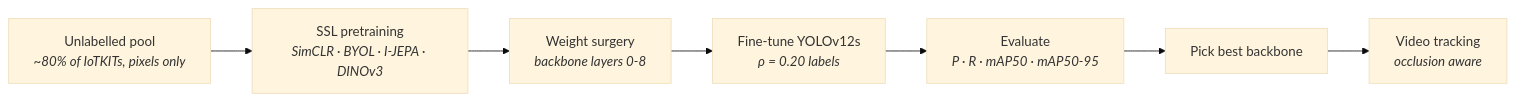
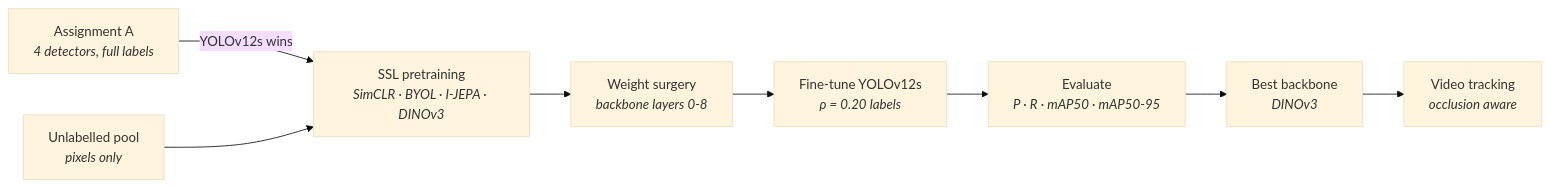
One commit to mrpaul-10/Object_detection_IoTKITs_ changed the first of 2 diagrams in README.md. Above: the diagram before and after it, drawn with Mermaid (base theme). The commit also changed other lines of this file, not shown here.

````diff
--- a/README.md
+++ b/README.md
@@ -95,9 +84,10 @@
 ```mermaid
 flowchart LR
-    A["Unlabelled pool<br/><i>~80% of IoTKITs, pixels only</i>"] --> B["SSL pretraining<br/><i>SimCLR · BYOL · I-JEPA · DINOv3</i>"]
+    A0["Assignment A<br/><i>4 detectors, full labels</i>"] -->|YOLOv12s wins| B
+    A["Unlabelled pool<br/><i>pixels only</i>"] --> B["SSL pretraining<br/><i>SimCLR · BYOL · I-JEPA · DINOv3</i>"]
     B --> C["Weight surgery<br/><i>backbone layers 0-8</i>"]
     C --> D["Fine-tune YOLOv12s<br/><i>ρ = 0.20 labels</i>"]
     D --> E["Evaluate<br/><i>P · R · mAP50 · mAP50-95</i>"]
-    E --> F["Pick best backbone"]
+    E --> F["Best backbone<br/><i>DINOv3</i>"]
     F --> G["Video tracking<br/><i>occlusion aware</i>"]
 ```
````
